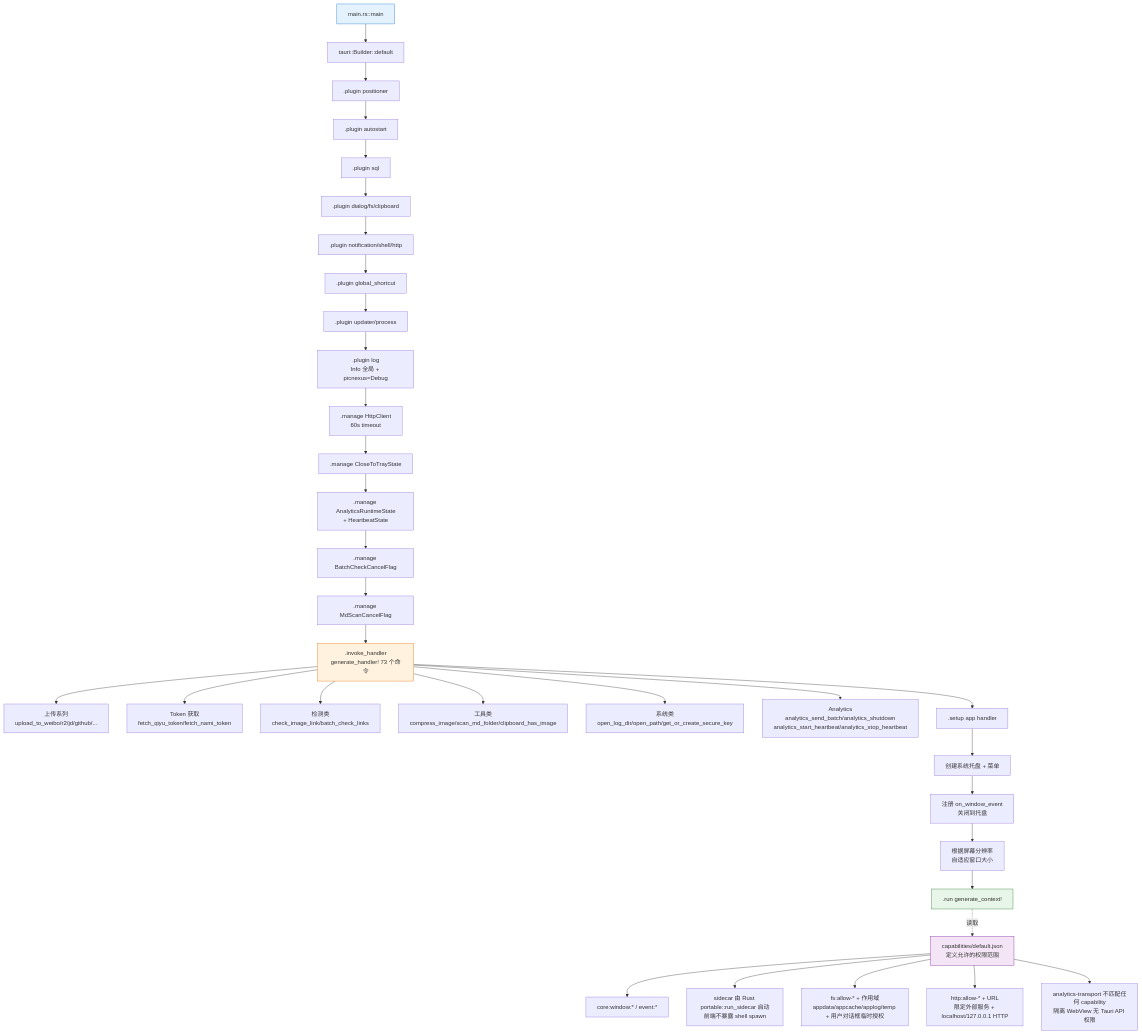
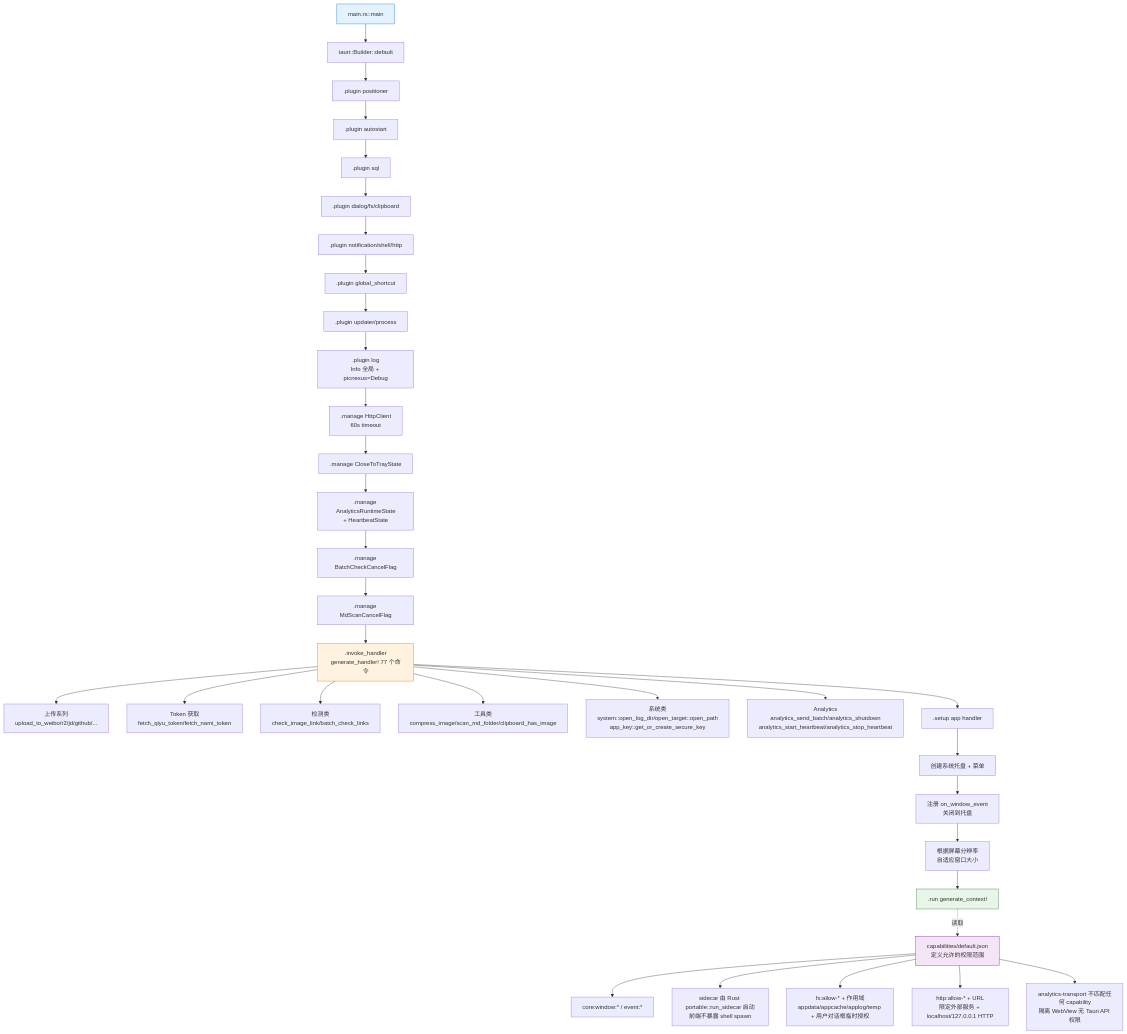
Before and after one commit to joeyliu6/PicNexus: the first of 5 diagrams in docs/flows/ipc-command-flow.md, drawn with Mermaid. The commit also changed other lines of this file and 7 other files, not shown here.

````diff
--- a/docs/flows/ipc-command-flow.md
+++ b/docs/flows/ipc-command-flow.md
@@ -19,50 +21,50 @@
 ```mermaid
 flowchart TD
     A[main.rs::main] --> B[tauri::Builder::default]
 
     %% 插件链
     B --> P1[.plugin positioner]
     P1 --> P2[.plugin autostart]
     P2 --> P3[.plugin sql]
     P3 --> P4[.plugin dialog/fs/clipboard]
     P4 --> P5[.plugin notification/shell/http]
     P5 --> P6[.plugin global_shortcut]
     P6 --> P7[.plugin updater/process]
     P7 --> P8[.plugin log<br/>Info 全局 + picnexus=Debug]
 
     %% 全局状态
     P8 --> M1[.manage HttpClient<br/>60s timeout]
     M1 --> M2[.manage CloseToTrayState]
     M2 --> M3[.manage AnalyticsRuntimeState<br/>+ HeartbeatState]
     M3 --> M4[.manage BatchCheckCancelFlag]
     M4 --> M5[.manage MdScanCancelFlag]
 
     %% 命令注册
-    M5 --> H[.invoke_handler<br/>generate_handler! 73 个命令]
+    M5 --> H[.invoke_handler<br/>generate_handler! 77 个命令]
     H --> H1[上传系列<br/>upload_to_weibo/r2/jd/github/...]
     H --> H2[Token 获取<br/>fetch_qiyu_token/fetch_nami_token]
     H --> H3[检测类<br/>check_image_link/batch_check_links]
     H --> H4[工具类<br/>compress_image/scan_md_folder/clipboard_has_image]
-    H --> H5[系统类<br/>open_log_dir/open_path/get_or_create_secure_key]
+    H --> H5[系统类<br/>system::open_log_dir/open_target::open_path<br/>app_key::get_or_create_secure_key]
     H --> H6[Analytics<br/>analytics_send_batch/analytics_shutdown<br/>analytics_start_heartbeat/analytics_stop_heartbeat]
 
     %% Setup 回调
     H --> S[.setup app handler]
     S --> S1[创建系统托盘 + 菜单]
     S1 --> S2[注册 on_window_event<br/>关闭到托盘]
     S2 --> S3[根据屏幕分辨率<br/>自适应窗口大小]
     S3 --> R[.run generate_context!]
 
     %% 权限校验
     R -.读取.-> CAP[capabilities/default.json<br/>定义允许的权限范围]
     CAP --> CAP1[core:window:* / event:*]
     CAP --> CAP2[sidecar 由 Rust portable::run_sidecar 启动<br/>前端不暴露 shell spawn]
     CAP --> CAP3[fs:allow-* + 作用域<br/>appdata/appcache/applog/temp + 用户对话框临时授权]
     CAP --> CAP4[http:allow-* + URL<br/>限定外部服务 + localhost/127.0.0.1 HTTP]
     CAP --> CAP5[analytics-transport 不匹配任何 capability<br/>隔离 WebView 无 Tauri API 权限]
 
     style A fill:#e3f2fd,stroke:#1976d2
     style H fill:#fff3e0,stroke:#ef6c00
     style R fill:#e8f5e9,stroke:#2e7d32
     style CAP fill:#f3e5f5,stroke:#7b1fa2
 ```
````
